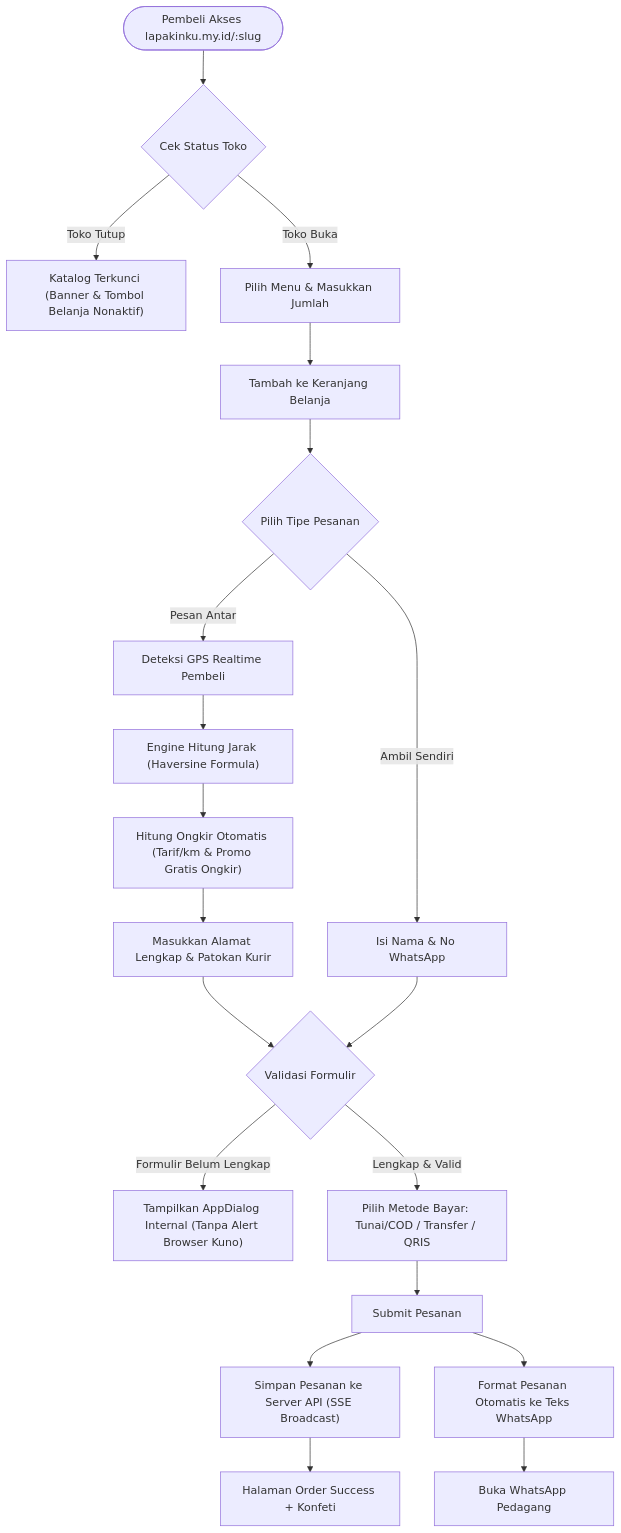
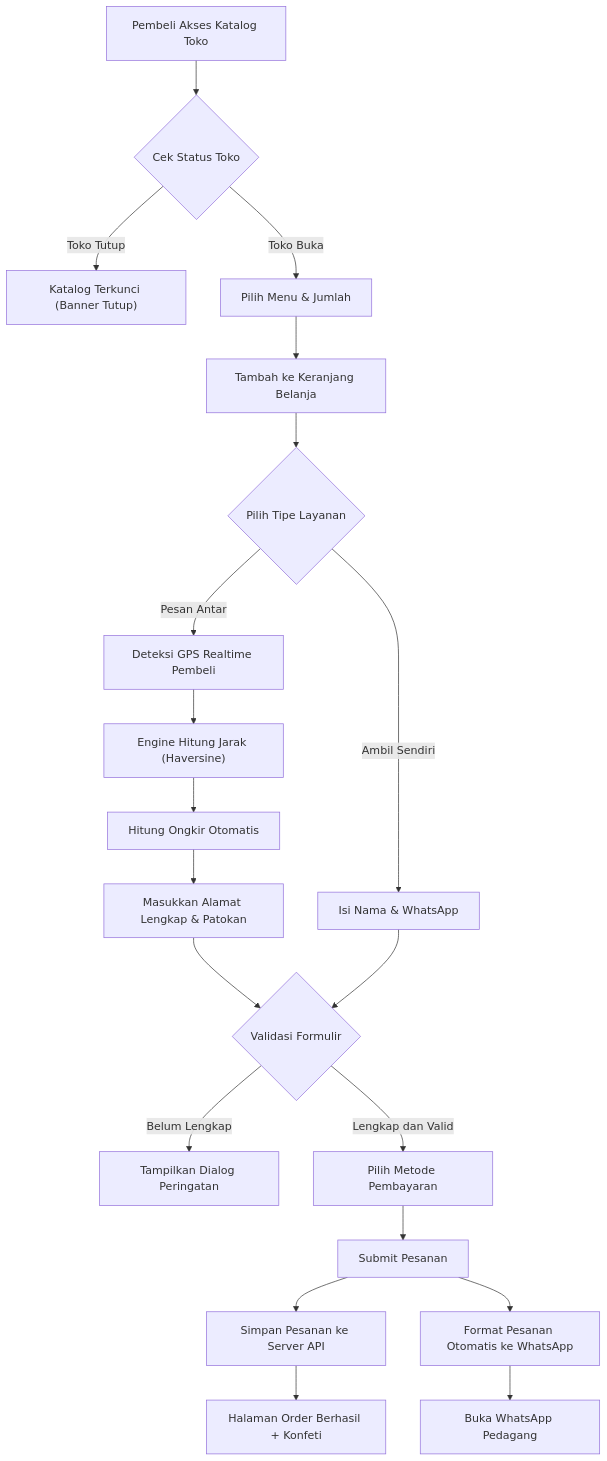
Before and after one commit to MohammadNasrullohh/lapakinku: the second of 4 diagrams in README.md, drawn with Mermaid. The commit also changed other lines of this file, not shown here.

Commit message:
fix(docs): optimize Mermaid flowcharts syntax for GitHub renderer

````diff
--- a/README.md
+++ b/README.md
@@ -106,29 +106,29 @@
 ```mermaid
 flowchart TD
-    Start(["Pembeli Akses lapakinku.my.id/:slug"]) --> CheckOpen{"Cek Status Toko"}
-    CheckOpen -- "Toko Tutup" --> ClosedNotice["Katalog Terkunci (Banner & Tombol Belanja Nonaktif)"]
-    CheckOpen -- "Toko Buka" --> ViewMenu["Pilih Menu & Masukkan Jumlah"]
+    Start["Pembeli Akses Katalog Toko"] --> CheckOpen{"Cek Status Toko"}
+    CheckOpen -->|Toko Tutup| ClosedNotice["Katalog Terkunci (Banner Tutup)"]
+    CheckOpen -->|Toko Buka| ViewMenu["Pilih Menu & Jumlah"]
     
     ViewMenu --> AddCart["Tambah ke Keranjang Belanja"]
-    AddCart --> ChooseType{"Pilih Tipe Pesanan"}
+    AddCart --> ChooseType{"Pilih Tipe Layanan"}
     
-    ChooseType -- "Ambil Sendiri" --> FormTakeaway["Isi Nama & No WhatsApp"]
-    ChooseType -- "Pesan Antar" --> DetectGPS["Deteksi GPS Realtime Pembeli"]
+    ChooseType -->|Ambil Sendiri| FormTakeaway["Isi Nama & WhatsApp"]
+    ChooseType -->|Pesan Antar| DetectGPS["Deteksi GPS Realtime Pembeli"]
     
-    DetectGPS --> CalcDistance["Engine Hitung Jarak (Haversine Formula)"]
-    CalcDistance --> CalcShipping["Hitung Ongkir Otomatis (Tarif/km & Promo Gratis Ongkir)"]
-    CalcShipping --> InputAddress["Masukkan Alamat Lengkap & Patokan Kurir"]
+    DetectGPS --> CalcDistance["Engine Hitung Jarak (Haversine)"]
+    CalcDistance --> CalcShipping["Hitung Ongkir Otomatis"]
+    CalcShipping --> InputAddress["Masukkan Alamat Lengkap & Patokan"]
     
     InputAddress --> Validation{"Validasi Formulir"}
     FormTakeaway --> Validation
     
-    Validation -- "Formulir Belum Lengkap" --> InternalDialog["Tampilkan AppDialog Internal (Tanpa Alert Browser Kuno)"]
-    Validation -- "Lengkap & Valid" --> ChoosePayment["Pilih Metode Bayar: Tunai/COD / Transfer / QRIS"]
+    Validation -->|Belum Lengkap| InternalDialog["Tampilkan Dialog Peringatan"]
+    Validation -->|Lengkap dan Valid| ChoosePayment["Pilih Metode Pembayaran"]
     
     ChoosePayment --> SubmitOrder["Submit Pesanan"]
-    SubmitOrder --> SaveOrder["Simpan Pesanan ke Server API (SSE Broadcast)"]
-    SubmitOrder --> GenerateWA["Format Pesanan Otomatis ke Teks WhatsApp"]
+    SubmitOrder --> SaveOrder["Simpan Pesanan ke Server API"]
+    SubmitOrder --> GenerateWA["Format Pesanan Otomatis ke WhatsApp"]
     
-    SaveOrder --> SuccessScreen["Halaman Order Success + Konfeti"]
+    SaveOrder --> SuccessScreen["Halaman Order Berhasil + Konfeti"]
     GenerateWA --> OpenWA["Buka WhatsApp Pedagang"]
 ```
````
